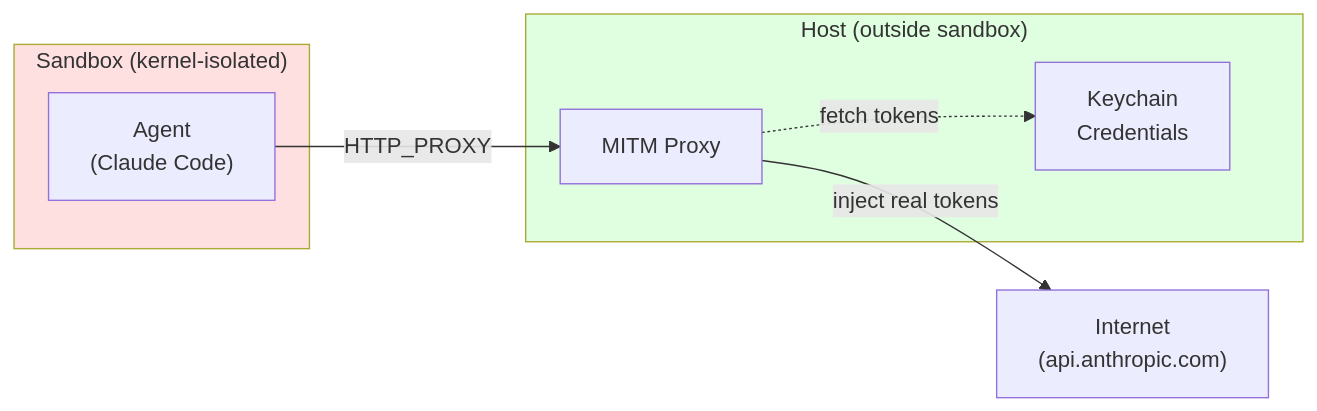
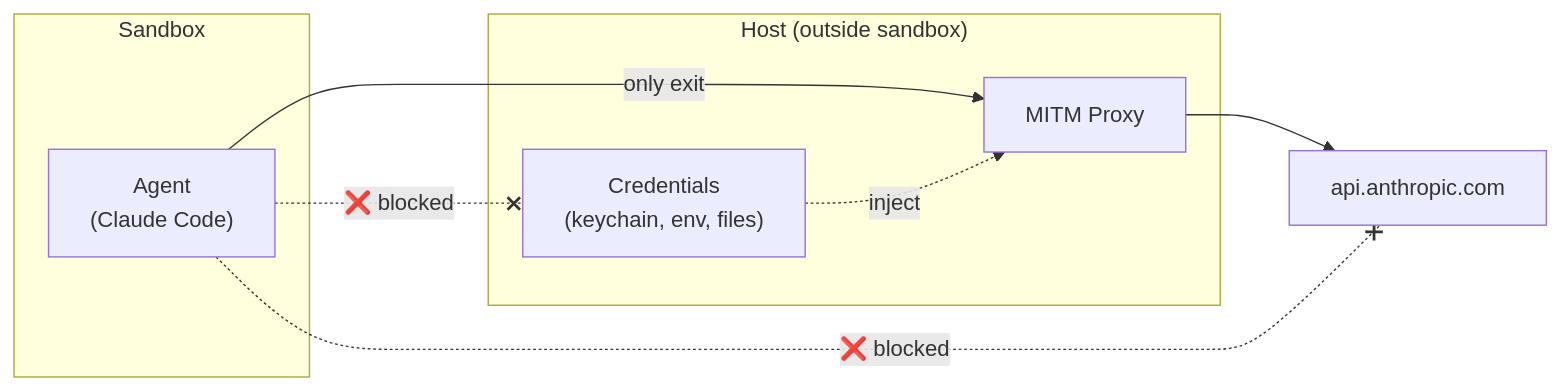
The first of 3 diagrams in slides.md (thepwagner-org/nix-jail), drawn with Mermaid before and after one commit. The commit also changed other lines of this file, not shown here.

````diff
--- a/slides.md
+++ b/slides.md
@@ -5,20 +5,20 @@
 ```mermaid
 flowchart LR
-    subgraph Sandbox["Sandbox (kernel-isolated)"]
+    subgraph Sandbox
         Agent["Agent<br/>(Claude Code)"]
     end
 
     subgraph Host["Host (outside sandbox)"]
         Proxy["MITM Proxy"]
-        Keychain["Keychain<br/>Credentials"]
+        Creds["Credentials<br/>(keychain, env, files)"]
     end
 
-    Internet["Internet<br/>(api.anthropic.com)"]
+    Internet["api.anthropic.com"]
 
-    Agent -->|"HTTP_PROXY"| Proxy
-    Proxy -.->|"fetch tokens"| Keychain
-    Proxy -->|"inject real tokens"| Internet
+    Agent -->|"only exit"| Proxy
+    Creds -.->|"inject"| Proxy
+    Proxy --> Internet
 
-    style Sandbox fill:#ffe0e0
-    style Host fill:#e0ffe0
+    Agent -.-x|"❌ blocked"| Internet
+    Agent -.-x|"❌ blocked"| Creds
 ```
````
